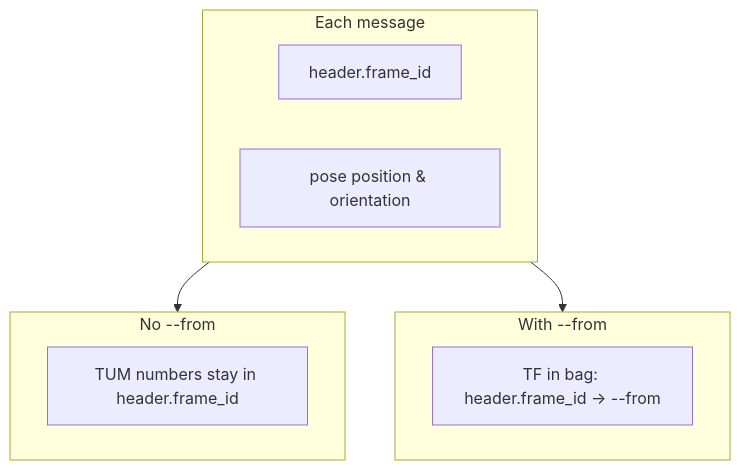
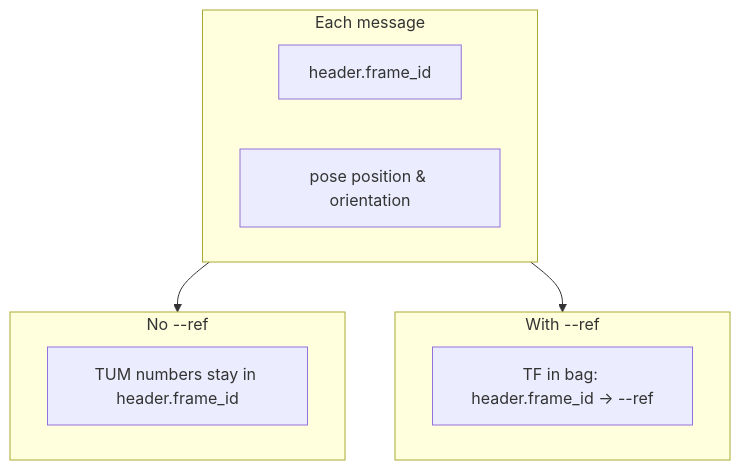
The third of 3 diagrams in docs/commands/traj.md (otenim/bagwiz), drawn with Mermaid before and after one commit. The commit also changed other lines of this file and 3 other files, not shown here.

First line of the commit message:
refactor(traj)!: take dump/join's frame pair via --of/--ref

````diff
--- a/docs/commands/traj.md
+++ b/docs/commands/traj.md
@@ -140,15 +140,15 @@
 ```mermaid
 flowchart TB
   subgraph message["Each message"]
     H["header.frame_id"]
     P["pose position & orientation"]
   end
-  subgraph no_from["No --from"]
+  subgraph no_ref["No --ref"]
     O1["TUM numbers stay in header.frame_id"]
   end
-  subgraph with_from["With --from"]
-    O2["TF in bag: header.frame_id → --from"]
+  subgraph with_ref["With --ref"]
+    O2["TF in bag: header.frame_id → --ref"]
   end
-  message --> no_from
-  message --> with_from
+  message --> no_ref
+  message --> with_ref
 ```
````
